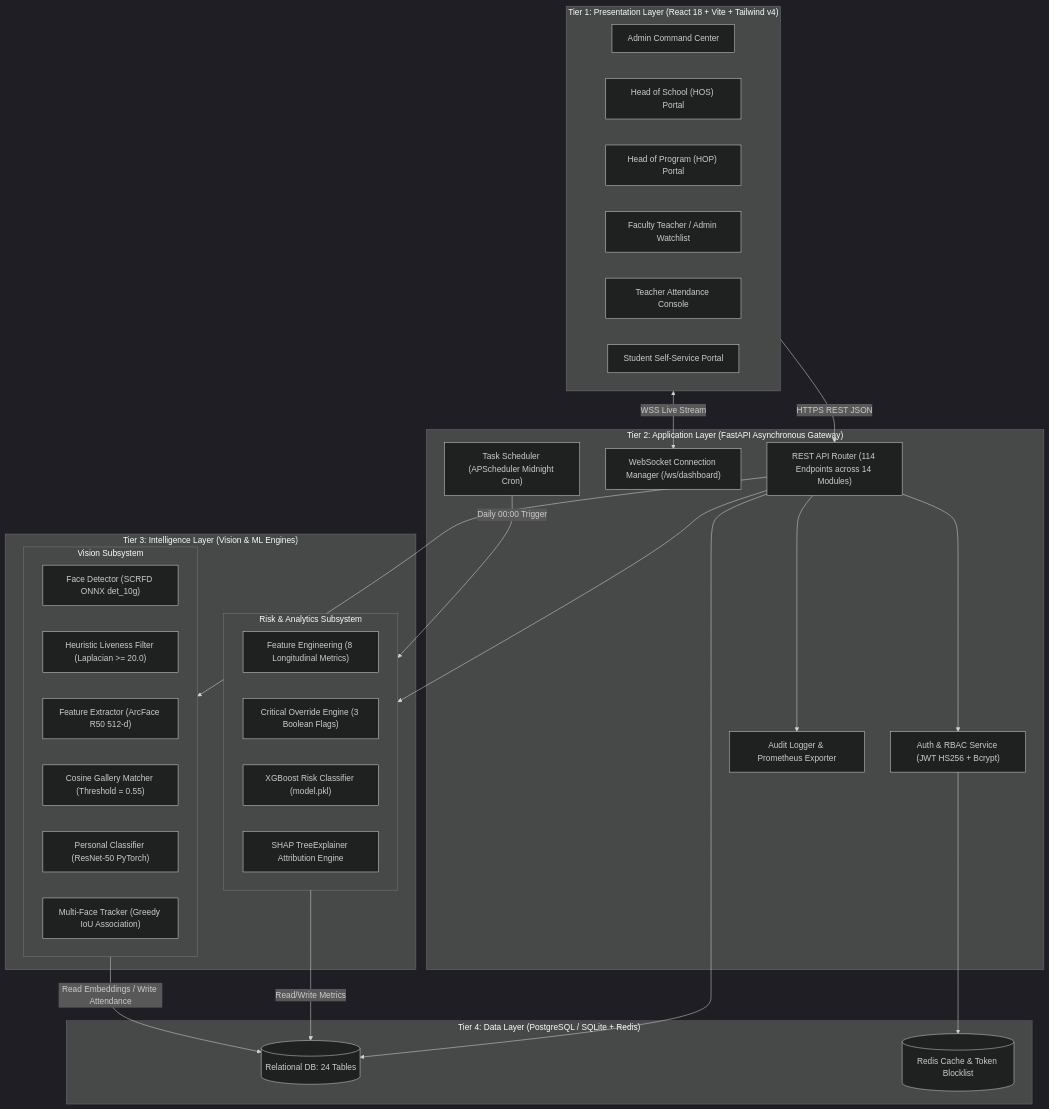
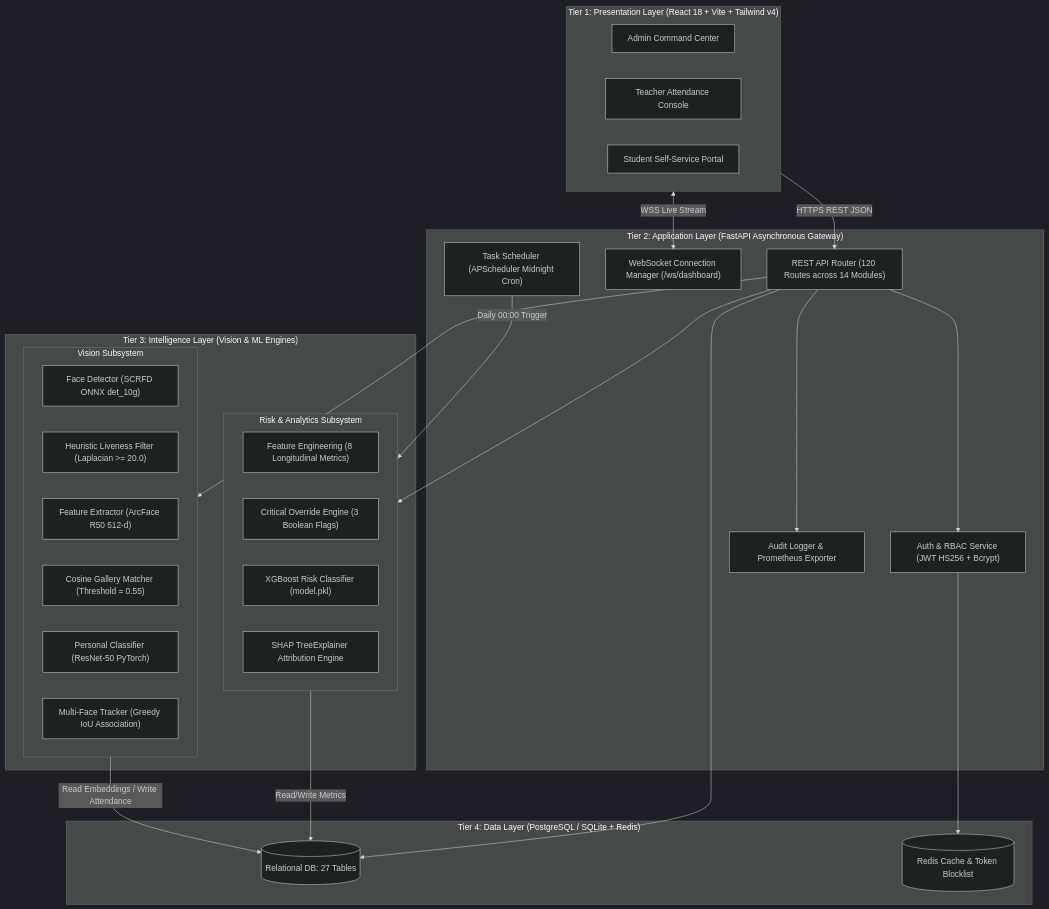
Before and after one commit to M0hammedAyan/AI-Classroom-Intelligent-System: the first of 5 diagrams in REPORT_ch4.md, drawn with Mermaid (dark theme). The commit also changed other lines of this file and 8 other files, not shown here.

Commit message:
docs: pre-submission corrections — roles, endpoints, tables, thresholds, guide title, synthetic data note

````diff
--- a/REPORT_ch4.md
+++ b/REPORT_ch4.md
@@ -6,54 +6,51 @@
 ```mermaid
 graph TD
     subgraph Presentation_Tier ["Tier 1: Presentation Layer (React 18 + Vite + Tailwind v4)"]
         UI1["Admin Command Center"]
-        UI2["Head of School (HOS) Portal"]
-        UI3["Head of Program (HOP) Portal"]
-        UI4["Faculty Teacher / Admin Watchlist"]
-        UI5["Teacher Attendance Console"]
-        UI6["Student Self-Service Portal"]
+        UI2["Teacher Attendance Console"]
+        UI3["Student Self-Service Portal"]
     end
 
     subgraph Application_Tier ["Tier 2: Application Layer (FastAPI Asynchronous Gateway)"]
-        Gateway["REST API Router (114 Endpoints across 14 Modules)"]
+        Gateway["REST API Router (120 Routes across 14 Modules)"]
         AuthService["Auth & RBAC Service (JWT HS256 + Bcrypt)"]
         WSManager["WebSocket Connection Manager (/ws/dashboard)"]
         SchedulerService["Task Scheduler (APScheduler Midnight Cron)"]
         AuditService["Audit Logger & Prometheus Exporter"]
     end
 
     subgraph Intelligence_Tier ["Tier 3: Intelligence Layer (Vision & ML Engines)"]
         subgraph Vision_Subsystem ["Vision Subsystem"]
             SCRFD["Face Detector (SCRFD ONNX det_10g)"]
             Liveness["Heuristic Liveness Filter (Laplacian >= 20.0)"]
             ArcFace["Feature Extractor (ArcFace R50 512-d)"]
             Matcher["Cosine Gallery Matcher (Threshold = 0.55)"]
             ResNetFallback["Personal Classifier (ResNet-50 PyTorch)"]
             Tracker["Multi-Face Tracker (Greedy IoU Association)"]
         end
         subgraph Risk_Subsystem ["Risk & Analytics Subsystem"]
             FeatureEng["Feature Engineering (8 Longitudinal Metrics)"]
             OverrideEngine["Critical Override Engine (3 Boolean Flags)"]
             XGBoostEngine["XGBoost Risk Classifier (model.pkl)"]
             SHAPExplainer["SHAP TreeExplainer Attribution Engine"]
         end
     end
 
     subgraph Data_Tier ["Tier 4: Data Layer (PostgreSQL / SQLite + Redis)"]
-        DB[(Relational DB: 24 Tables)]
+        DB[(Relational DB: 27 Tables)]
         Cache[(Redis Cache & Token Blocklist)]
     end
 
     %% Connections
     Presentation_Tier -->|HTTPS REST JSON| Gateway
     Presentation_Tier <-->|WSS Live Stream| WSManager
     Gateway --> AuthService
     Gateway --> AuditService
     Gateway --> Vision_Subsystem
     Gateway --> Risk_Subsystem
     SchedulerService -->|Daily 00:00 Trigger| Risk_Subsystem
     Risk_Subsystem -->|Read/Write Metrics| DB
     Vision_Subsystem -->|Read Embeddings / Write Attendance| DB
     AuthService --> Cache
     Gateway --> DB
 ```
````
